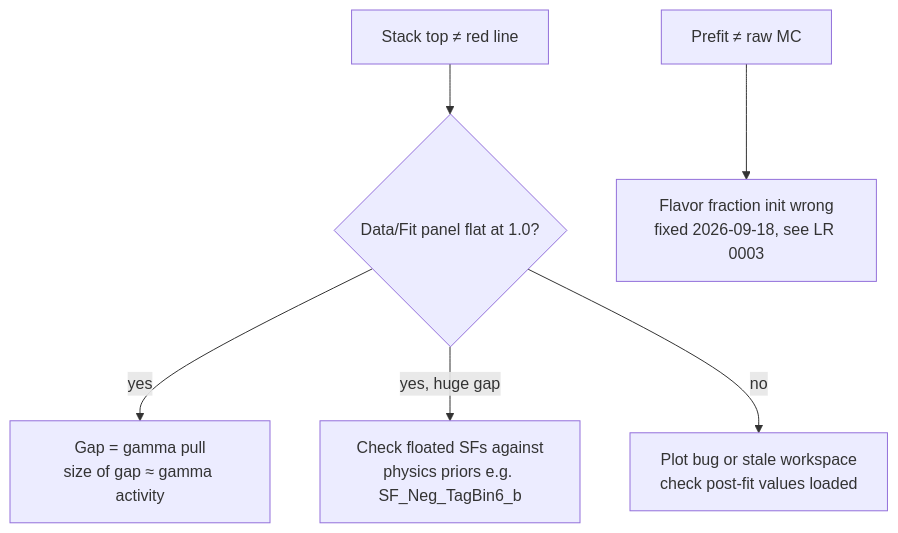
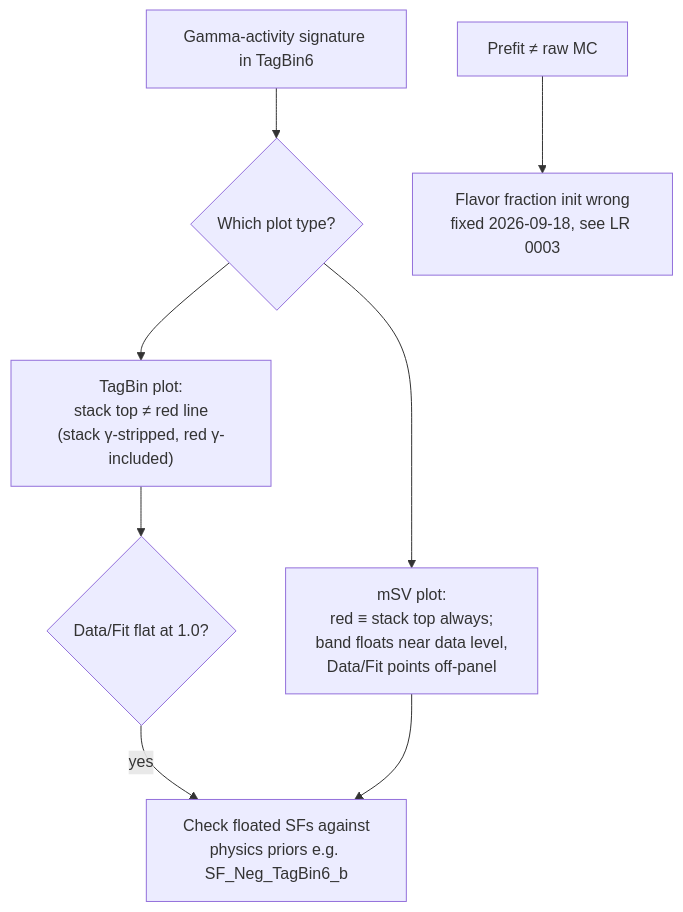
One commit to yfrua/FTAG_AQT_vault changed the diagram in lessons/reference/delta-method-and-plots.md. Above: the diagram before and after it, drawn with Mermaid. The commit also changed other lines of this file and 2 other files, not shown here.

````diff
--- a/lessons/reference/delta-method-and-plots.md
+++ b/lessons/reference/delta-method-and-plots.md
@@ -38,8 +41,10 @@
 ```mermaid
 flowchart TD
-    A[Stack top ≠ red line] --> B{Data/Fit panel flat at 1.0?}
-    B -- yes --> C[Gap = gamma pull<br>size of gap ≈ gamma activity]
-    B -- yes, huge gap --> D[Check floated SFs against<br>physics priors e.g. SF_Neg_TagBin6_b]
-    B -- no --> E[Plot bug or stale workspace<br>check post-fit values loaded]
-    F[Prefit ≠ raw MC] --> G[Flavor fraction init wrong<br>fixed 2026-09-18, see LR 0003]
+    A[Gamma-activity signature in TagBin6] --> B{Which plot type?}
+    B --> C["TagBin plot:<br>stack top ≠ red line<br>(stack γ-stripped, red γ-included)"]
+    B --> D["mSV plot:<br>red ≡ stack top always;<br>band floats near data level,<br>Data/Fit points off-panel"]
+    C --> E{Data/Fit flat at 1.0?}
+    E -- yes --> F[Check floated SFs against<br>physics priors e.g. SF_Neg_TagBin6_b]
+    D --> F
+    G[Prefit ≠ raw MC] --> H[Flavor fraction init wrong<br>fixed 2026-09-18, see LR 0003]
 ```
````
